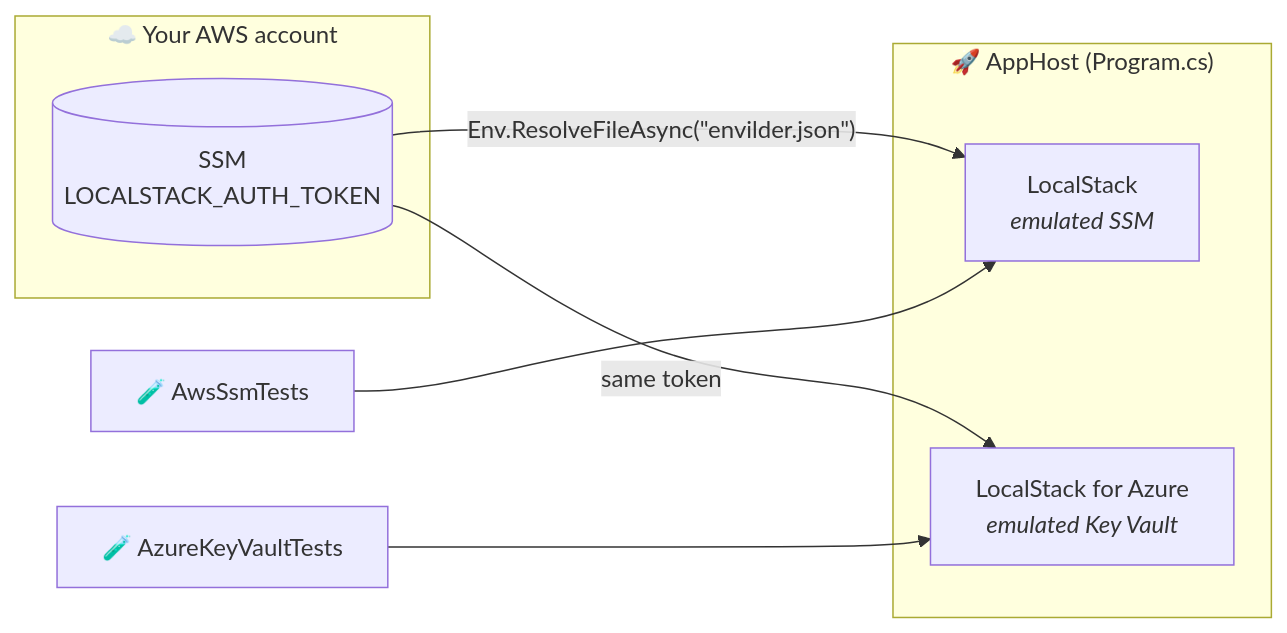
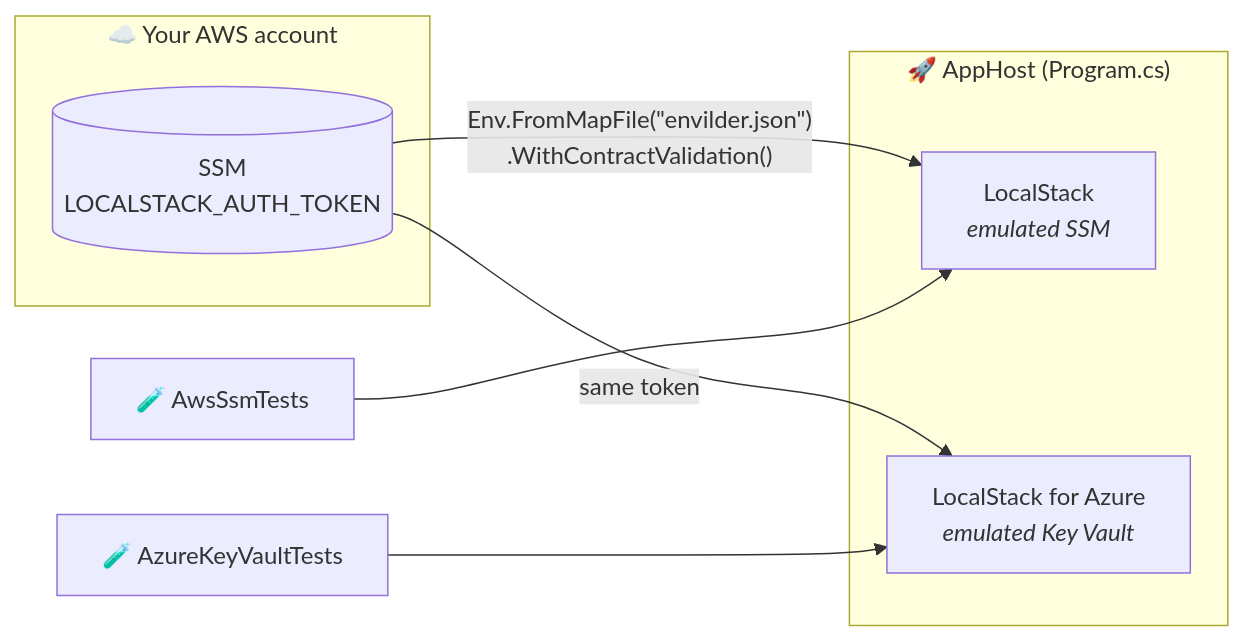
Before and after one commit to macalbert/envilder-examples: the diagram in dotnet-aspire/README.md, drawn with Mermaid. The commit also changed other lines of this file and 11 other files, not shown here.

Commit message:
feat: add envilder validate and SDK contract validation at AppHost startup (#3)

````diff
--- a/dotnet-aspire/README.md
+++ b/dotnet-aspire/README.md
@@ -15,16 +15,16 @@
 ```mermaid
 flowchart LR
     subgraph cloud["☁️ Your AWS account"]
         token[("SSM<br/>LOCALSTACK_AUTH_TOKEN")]
     end
 
     subgraph apphost["🚀 AppHost (Program.cs)"]
         localstack["LocalStack<br/><i>emulated SSM</i>"]
         azurels["LocalStack for Azure<br/><i>emulated Key Vault</i>"]
     end
 
-    token -- "Env.ResolveFileAsync(#quot;envilder.json#quot;)" --> localstack
+    token -- "Env.FromMapFile(#quot;envilder.json#quot;)<br/>.WithContractValidation()" --> localstack
     token -- "same token" --> azurels
     aws["🧪 AwsSsmTests"] --> localstack
     azure["🧪 AzureKeyVaultTests"] --> azurels
 ```
````
